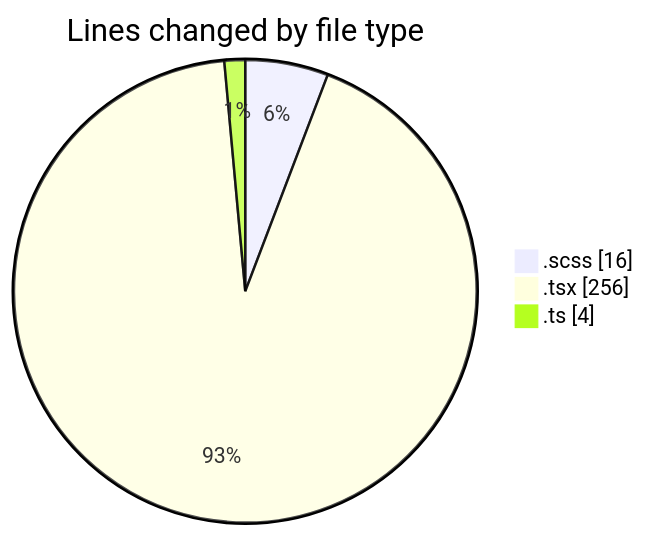
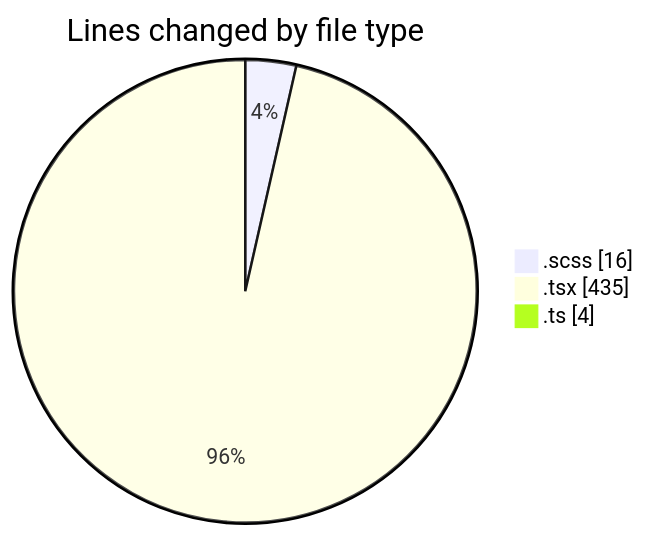
One commit to momahboobian/code-tracking changed the first of 2 diagrams in 2025-02-27/cda/README.md. Above: the diagram before and after it, drawn with Mermaid. The commit also changed other lines of this file and 1 other file, not shown here.

````diff
--- a/2025-02-27/cda/README.md
+++ b/2025-02-27/cda/README.md
@@ -25,7 +26,7 @@
 ```mermaid
 pie showData
 title Lines changed by file type
 ".scss" : 16
-".tsx" : 256
+".tsx" : 435
 ".ts" : 4
 ```
````
